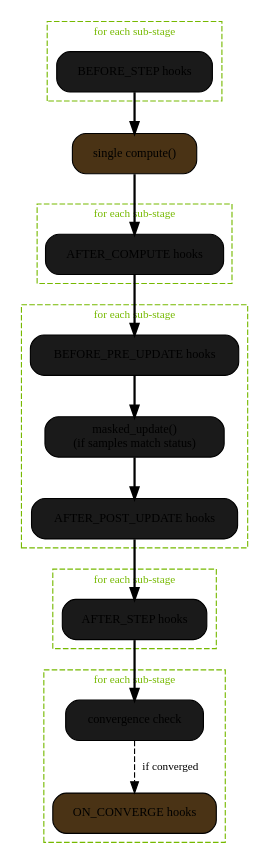
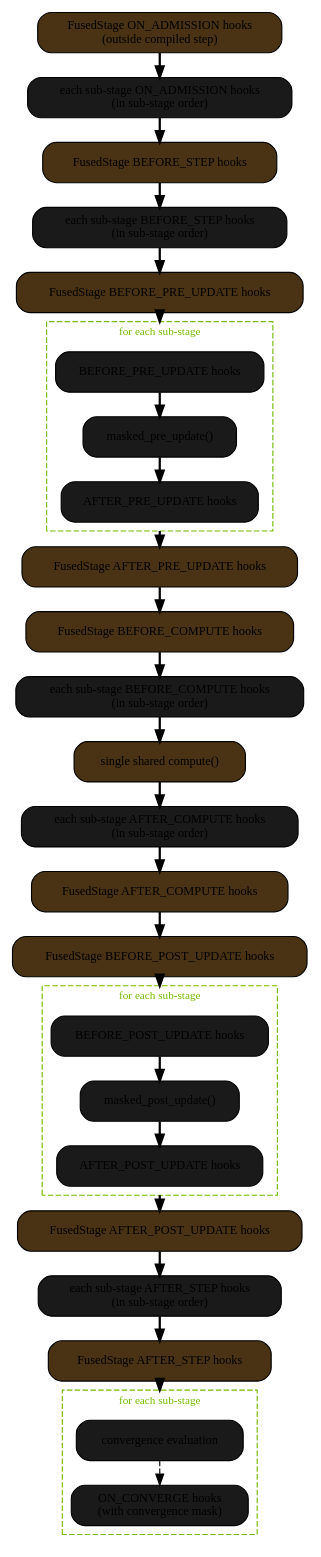
One commit to EricZQu/nvalchemi-toolkit changed the second of 2 diagrams in docs/modules/dynamics/hooks.rst. Above: the diagram before and after it, drawn with Graphviz. The commit also changed other lines of this file and 29 other files, not shown here.

First line of the commit message:
Fix/dynamics hooks and order (#182)

```diff
--- a/docs/modules/dynamics/hooks.rst
+++ b/docs/modules/dynamics/hooks.rst
@@ -335,67 +373,81 @@
 .. graphviz::
    :caption: Hook ordering inside a single ``FusedStage.step()``.
 
    digraph fused_hook_order {
        rankdir=TB
+       ranksep=0.3
        compound=true
        node [fontsize=11 shape=box style="rounded,filled" fillcolor="#1a1a1a"]
        edge [fontsize=10 style=bold]
 
-       subgraph cluster_before {
-           label="for each sub-stage"
-           style=dashed
-           color="#76b900"
-           fontcolor="#76b900"
-           fontsize=10
-           BEFORE_STEP [label="BEFORE_STEP hooks"]
-       }
+       fused_on_admission [label="FusedStage ON_ADMISSION hooks\n(outside compiled step)" fillcolor="#4a3315"]
+       sub_on_admission [label="each sub-stage ON_ADMISSION hooks\n(in sub-stage order)"]
+       fused_before_step [label="FusedStage BEFORE_STEP hooks" fillcolor="#4a3315"]
+       fused_before_pre [label="FusedStage BEFORE_PRE_UPDATE hooks" fillcolor="#4a3315"]
+       fused_after_pre [label="FusedStage AFTER_PRE_UPDATE hooks" fillcolor="#4a3315"]
+       sub_before_step [label="each sub-stage BEFORE_STEP hooks\n(in sub-stage order)"]
 
-       compute [label="single compute()" fillcolor="#4a3315"]
-
-       subgraph cluster_after_compute {
-           label="for each sub-stage"
-           style=dashed
-           color="#76b900"
-           fontcolor="#76b900"
-           fontsize=10
-           AFTER_COMPUTE [label="AFTER_COMPUTE hooks"]
-       }
-
-       subgraph cluster_update {
+       subgraph cluster_pre_update {
            label="for each sub-stage"
            style=dashed
            color="#76b900"
            fontcolor="#76b900"
            fontsize=10
            BEFORE_PRE [label="BEFORE_PRE_UPDATE hooks"]
-           masked     [label="masked_update()\n(if samples match status)" fillcolor="#1a1a1a"]
-           AFTER_POST [label="AFTER_POST_UPDATE hooks"]
-           BEFORE_PRE -> masked -> AFTER_POST
+           pre_update [label="masked_pre_update()" fillcolor="#1a1a1a"]
+           AFTER_PRE [label="AFTER_PRE_UPDATE hooks"]
+           BEFORE_PRE -> pre_update -> AFTER_PRE
        }
 
-       subgraph cluster_after_step {
+       fused_before_compute [label="FusedStage BEFORE_COMPUTE hooks" fillcolor="#4a3315"]
+       sub_before_compute [label="each sub-stage BEFORE_COMPUTE hooks\n(in sub-stage order)"]
+       compute [label="single shared compute()" fillcolor="#4a3315"]
+       sub_after_compute [label="each sub-stage AFTER_COMPUTE hooks\n(in sub-stage order)"]
+       fused_before_post [label="FusedStage BEFORE_POST_UPDATE hooks" fillcolor="#4a3315"]
+       fused_after_post [label="FusedStage AFTER_POST_UPDATE hooks" fillcolor="#4a3315"]
+       fused_after_compute [label="FusedStage AFTER_COMPUTE hooks" fillcolor="#4a3315"]
+
+       subgraph cluster_post_update {
            label="for each sub-stage"
            style=dashed
            color="#76b900"
            fontcolor="#76b900"
            fontsize=10
-           AFTER_STEP [label="AFTER_STEP hooks"]
+           BEFORE_POST [label="BEFORE_POST_UPDATE hooks"]
+           post_update [label="masked_post_update()" fillcolor="#1a1a1a"]
+           AFTER_POST [label="AFTER_POST_UPDATE hooks"]
+           BEFORE_POST -> post_update -> AFTER_POST
        }
+
+       sub_after_step [label="each sub-stage AFTER_STEP hooks\n(in sub-stage order)"]
+       fused_after_step [label="FusedStage AFTER_STEP hooks" fillcolor="#4a3315"]
 
        subgraph cluster_converge {
            label="for each sub-stage"
            style=dashed
            color="#76b900"
            fontcolor="#76b900"
            fontsize=10
-           conv_check  [label="convergence check" fillcolor="#1a1a1a"]
-           ON_CONVERGE [label="ON_CONVERGE hooks" fillcolor="#4a3315"]
-           conv_check -> ON_CONVERGE [style=dashed label="if converged"]
+           conv_check  [label="convergence evaluation" fillcolor="#1a1a1a"]
+           ON_CONVERGE [label="ON_CONVERGE hooks\n(with convergence mask)"]
+           conv_check -> ON_CONVERGE [style=dashed]
        }
 
-       BEFORE_STEP -> compute
-       compute -> AFTER_COMPUTE
-       AFTER_COMPUTE -> BEFORE_PRE
-       AFTER_POST -> AFTER_STEP
-       AFTER_STEP -> conv_check
+       fused_on_admission -> sub_on_admission
+       sub_on_admission -> fused_before_step
+       fused_before_step -> sub_before_step
+       sub_before_step -> fused_before_pre
+       fused_before_pre -> BEFORE_PRE [lhead=cluster_pre_update]
+       AFTER_PRE -> fused_after_pre [ltail=cluster_pre_update]
+       fused_after_pre -> fused_before_compute
+       fused_before_compute -> sub_before_compute
+       sub_before_compute -> compute
+       compute -> sub_after_compute
+       sub_after_compute -> fused_after_compute
+       fused_after_compute -> fused_before_post
+       fused_before_post -> BEFORE_POST [lhead=cluster_post_update]
+       AFTER_POST -> fused_after_post [ltail=cluster_post_update]
+       fused_after_post -> sub_after_step
+       sub_after_step -> fused_after_step
+       fused_after_step -> conv_check [lhead=cluster_converge]
    }
```
